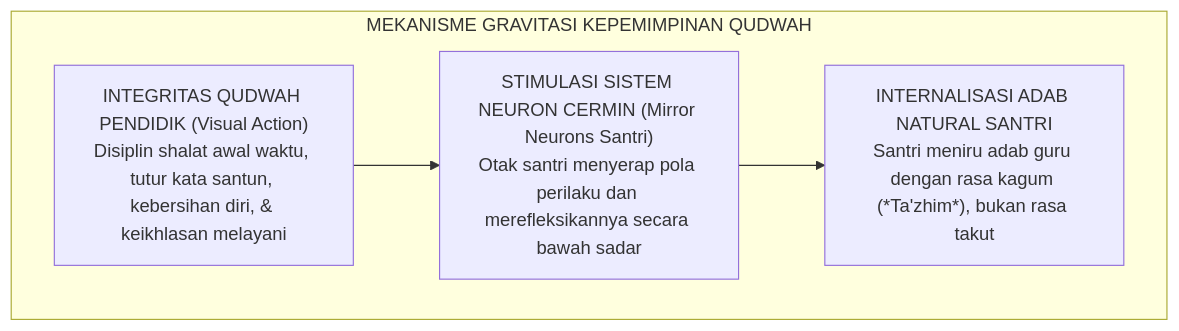
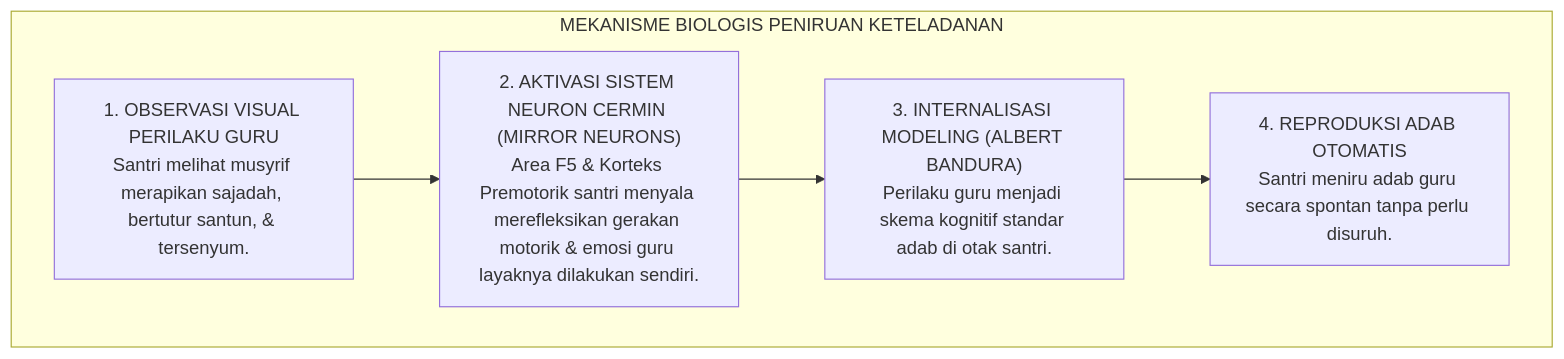
Before and after one commit to wandiapriliyandi/tumbuh: the third of 8 diagrams in 01 Philosophy/05 Leadership/P1-05-01-Falsafah-Kepemimpinan-Berbasis-Qudwah.md, drawn with Mermaid. The commit also changed other lines of this file and 31 other files, not shown here.

````diff
--- a/01 Philosophy/05 Leadership/P1-05-01-Falsafah-Kepemimpinan-Berbasis-Qudwah.md
+++ b/01 Philosophy/05 Leadership/P1-05-01-Falsafah-Kepemimpinan-Berbasis-Qudwah.md
@@ -28,10 +141,14 @@
 ```mermaid
 graph TD
-    subgraph DinamikaQudwah["MEKANISME GRAVITASI KEPEMIMPINAN QUDWAH"]
-        Qudwah["INTEGRITAS QUDWAH PENDIDIK (Visual Action)<br/>Disiplin shalat awal waktu, tutur kata santun, kebersihan diri, & keikhlasan melayani"]
-        Mirror["STIMULASI SISTEM NEURON CERMIN (Mirror Neurons Santri)<br/>Otak santri menyerap pola perilaku dan merefleksikannya secara bawah sadar"]
-        AdabSantri["INTERNALISASI ADAB NATURAL SANTRI<br/>Santri meniru adab guru dengan rasa kagum (*Ta'zhim*), bukan rasa takut"]
+    subgraph NeurosainsMirrorNeurons["MEKANISME BIOLOGIS PENIRUAN KETELADANAN"]
+        AksiGuru["1. OBSERVASI VISUAL PERILAKU GURU<br/>Santri melihat musyrif merapikan sajadah, bertutur santun, & tersenyum."]
         
-        Qudwah --> Mirror --> AdabSantri
+        MirrorNeurons["2. AKTIVASI SISTEM NEURON CERMIN (MIRROR NEURONS)<br/>Area F5 & Korteks Premotorik santri menyala merefleksikan gerakan motorik & emosi guru layaknya dilakukan sendiri."]
+        
+        ModelingBandura["3. INTERNALISASI MODELING (ALBERT BANDURA)<br/>Perilaku guru menjadi skema kognitif standar adab di otak santri."]
+        
+        OtomasiPerilaku["4. REPRODUKSI ADAB OTOMATIS<br/>Santri meniru adab guru secara spontan tanpa perlu disuruh."]
+        
+        AksiGuru --> MirrorNeurons --> ModelingBandura --> OtomasiPerilaku
     end
 ```
````
